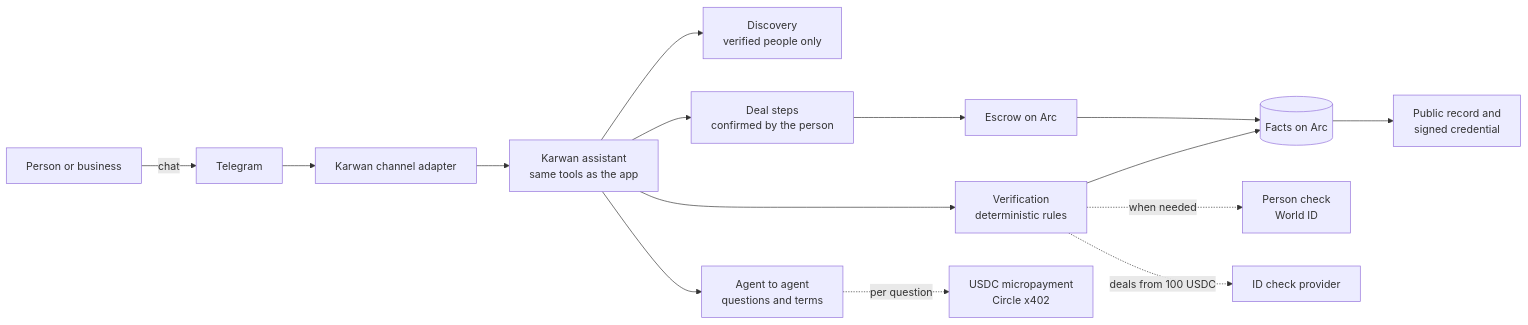
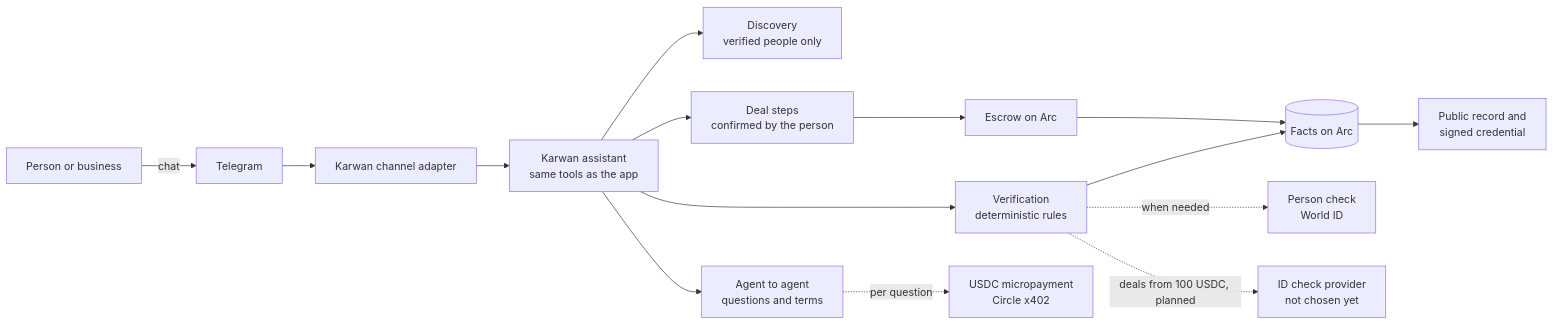
One commit to Iziedking/Karwan changed the first of 7 diagrams in docs/architecture/10-verified-network.md. Above: the diagram before and after it, drawn with Mermaid. The commit also changed other lines of this file and 3 other files, not shown here.

````diff
--- a/docs/architecture/10-verified-network.md
+++ b/docs/architecture/10-verified-network.md
@@ -28,17 +28,17 @@
 ```mermaid
 flowchart LR
   P[Person or business] -->|chat| W[Telegram]
   W --> C[Karwan channel adapter]
   C --> A[Karwan assistant<br/>same tools as the app]
   A --> V[Verification<br/>deterministic rules]
   A --> D[Discovery<br/>verified people only]
   A --> G[Agent to agent<br/>questions and terms]
   A --> E[Deal steps<br/>confirmed by the person]
   V --> F[(Facts on Arc)]
   E --> X[Escrow on Arc]
   X --> F
   F --> R[Public record and<br/>signed credential]
   V -.->|when needed| H[Person check<br/>World ID]
-  V -.->|deals from 100 USDC| I[ID check provider]
+  V -.->|deals from 100 USDC, planned| I[ID check provider<br/>not chosen yet]
   G -.->|per question| N[USDC micropayment<br/>Circle x402]
 ```
````
